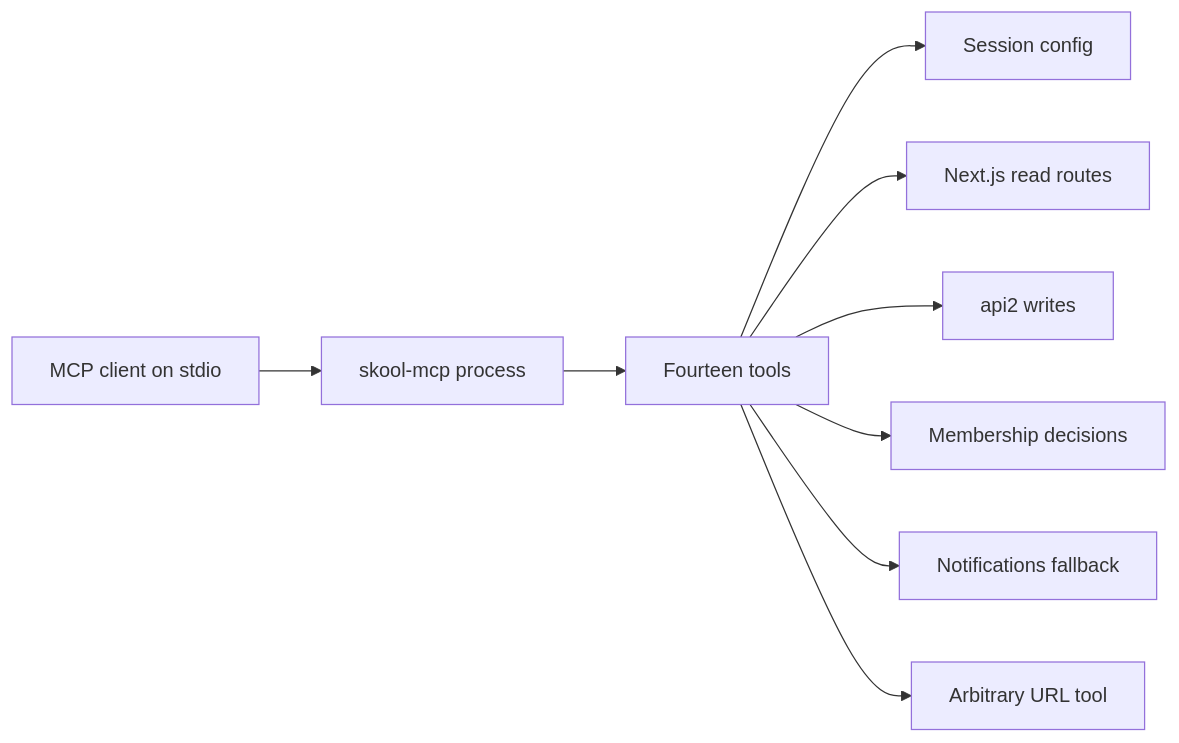
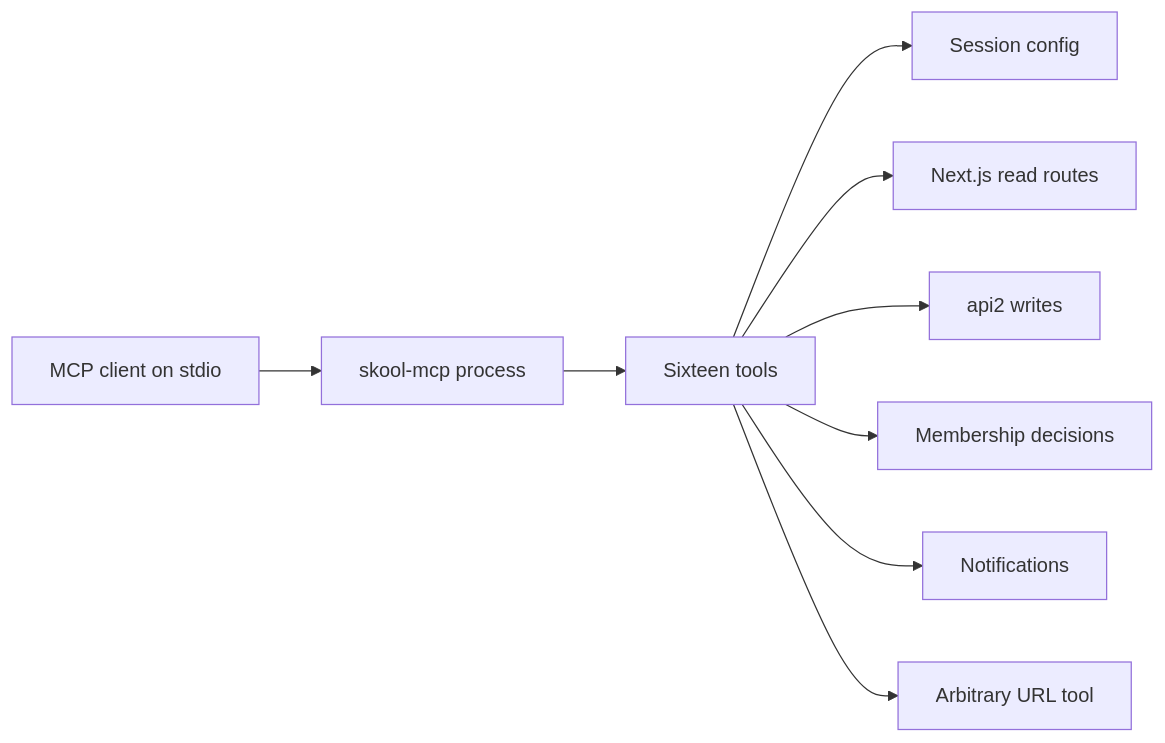
The diagram in docs/state/README.md (LeadGrowGTM/skool-mcp), drawn with Mermaid before and after one commit. The commit also changed other lines of this file and 8 other files, not shown here.

````diff
--- a/docs/state/README.md
+++ b/docs/state/README.md
@@ -33,11 +34,11 @@
 ```mermaid
 flowchart LR
     Host[MCP client on stdio] --> Server[skool-mcp process]
-    Server --> Tools[Fourteen tools]
+    Server --> Tools[Sixteen tools]
     Tools --> Config[Session config]
     Tools --> NextReads[Next.js read routes]
     Tools --> ApiWrites[api2 writes]
     Tools --> Membership[Membership decisions]
-    Tools --> Notifications[Notifications fallback]
+    Tools --> Notifications[Notifications]
     Tools --> Raw[Arbitrary URL tool]
 ```
````
